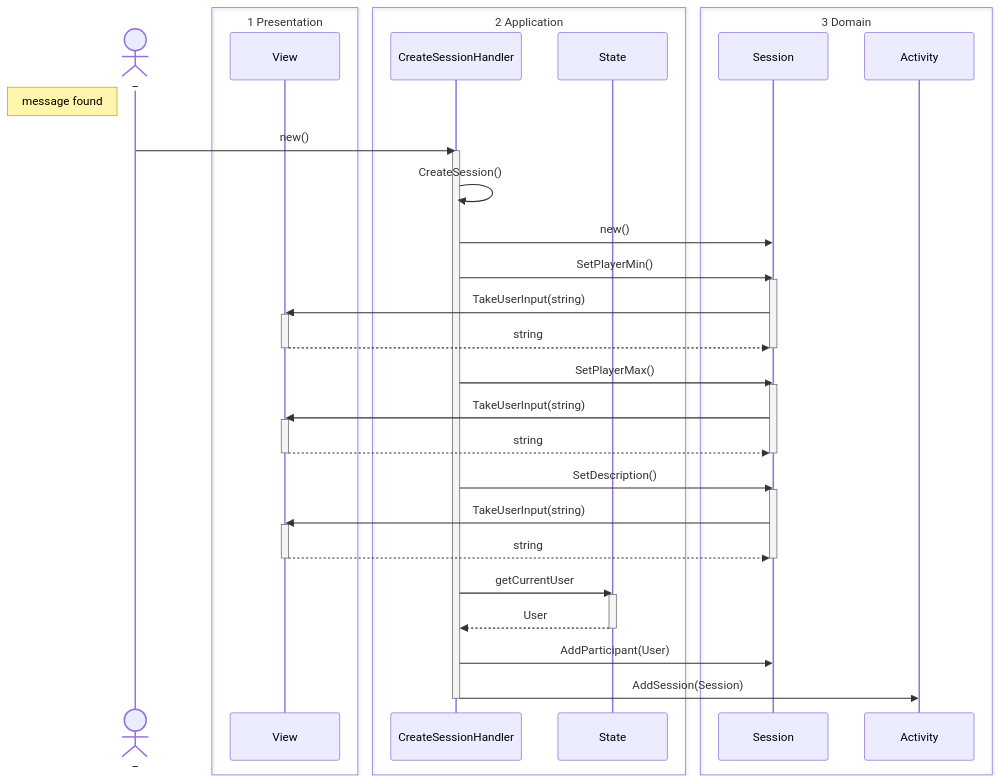
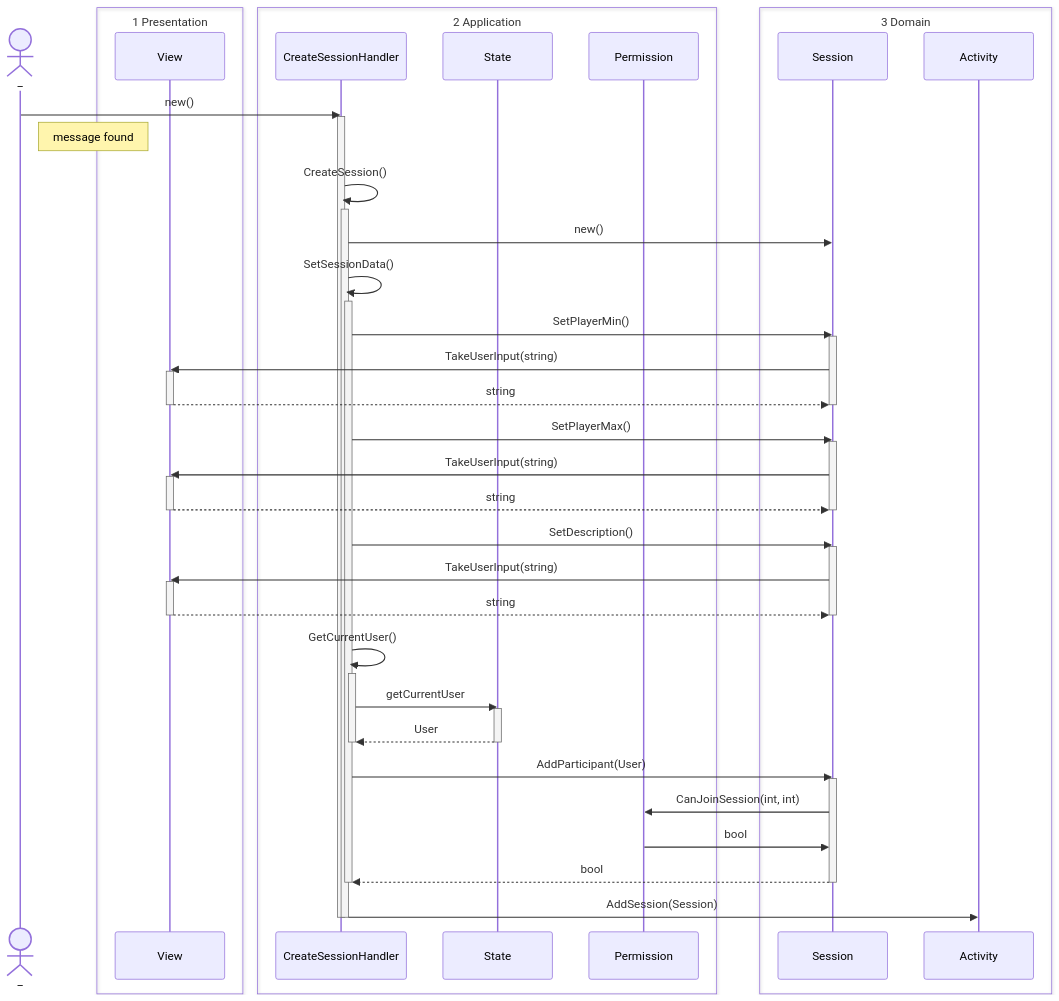
One commit to MatiasHeiberg/1.semesterprojekt changed the fourth of 4 diagrams in 02 notes/Sekvensdiagram.md. Above: the diagram before and after it, drawn with Mermaid. The commit also changed 1 other file, not shown here.

Commit message:
Diagrammer use case 2

````diff
--- a/02 notes/Sekvensdiagram.md
+++ b/02 notes/Sekvensdiagram.md
@@ -106,64 +106,81 @@
 ```mermaid
 sequenceDiagram
 
-Actor _
-Note left of _: message found
+actor _
 box 1 Presentation
 participant View
 end
 box 2 Application
 participant CreateSessionHandler 
 participant State
+participant Permission
 end
 box 3 Domain
 participant Session
 participant Activity
 end
 
 
 %% Message found
 _->>CreateSessionHandler: new()
+activate CreateSessionHandler
+Note right of _: message found
 
-%% SetPlayerMin
-activate CreateSessionHandler
-CreateSessionHandler->>CreateSessionHandler: CreateSession()
-CreateSessionHandler->>Session: new()
-CreateSessionHandler->>Session: SetPlayerMin()
-activate Session
-Session->>View: TakeUserInput(string)
-activate View
-View-->>Session: string
-deactivate View
-deactivate Session
-
-%% SetPlayerMax
-CreateSessionHandler->>Session: SetPlayerMax()
-activate Session
-Session->>View: TakeUserInput(string)
-activate View
-View-->>Session: string
-deactivate View
-deactivate Session
-
-%% SetDescription
-CreateSessionHandler->>Session: SetDescription()
-activate Session
-Session->>View: TakeUserInput(string)
-activate View
-View-->>Session: string
-deactivate View
-deactivate Session
-
-%% getCurrentUser
-CreateSessionHandler->>State: getCurrentUser
-activate State
-State-->>CreateSessionHandler: User
-deactivate State
-
-%% Session Constructor
-CreateSessionHandler->>Session: AddParticipant(User)
-
-%% listOfSessions.add()
-CreateSessionHandler->>Activity: AddSession(Session)
+	CreateSessionHandler->>CreateSessionHandler: CreateSession()
+	activate CreateSessionHandler
+		
+		%% SetSessionData
+		CreateSessionHandler->>Session: new()
+		CreateSessionHandler->>CreateSessionHandler: SetSessionData()
+		activate CreateSessionHandler
+		
+			%% SetPlayerMin
+			CreateSessionHandler->>Session: SetPlayerMin()
+			activate Session
+			Session->>View: TakeUserInput(string)
+			activate View
+			View-->>Session: string
+			deactivate View
+			deactivate Session
+			
+			%% SetPlayerMax
+			CreateSessionHandler->>Session: SetPlayerMax()
+			activate Session
+			Session->>View: TakeUserInput(string)
+			activate View
+			View-->>Session: string
+			deactivate View
+			deactivate Session
+			
+			%% SetDescription
+			CreateSessionHandler->>Session: SetDescription()
+			activate Session
+			Session->>View: TakeUserInput(string)
+			activate View
+			View-->>Session: string
+			deactivate View
+			deactivate Session		
+		
+			%% getCurrentUser
+			CreateSessionHandler->>CreateSessionHandler: GetCurrentUser()
+			activate CreateSessionHandler
+				CreateSessionHandler->>State: getCurrentUser
+				activate State
+				State-->>CreateSessionHandler: User
+				deactivate State
+			deactivate CreateSessionHandler
+			
+			%% AddParticipant
+			CreateSessionHandler->>Session: AddParticipant(User)
+			activate Session
+				Session->>Permission: CanJoinSession(int, int)
+				Permission->>Session: bool
+				Session-->>CreateSessionHandler: bool
+			deactivate Session
+		deactivate CreateSessionHandler
+		
+		%% listOfSessions.add()
+		CreateSessionHandler->>Activity: AddSession(Session)
+	deactivate CreateSessionHandler
 deactivate CreateSessionHandler
 ```
````
